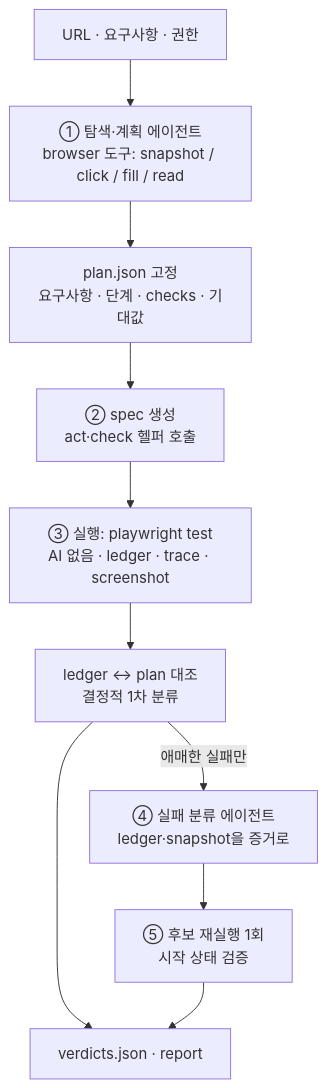
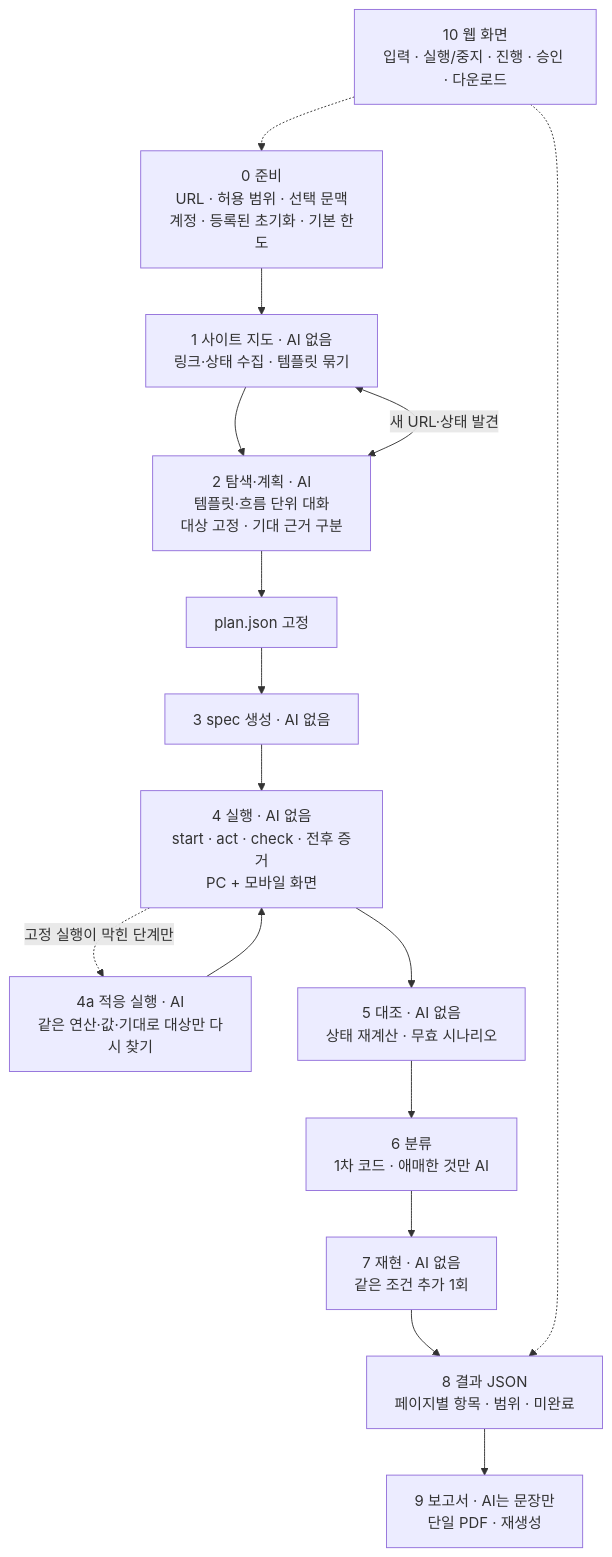
Before and after one commit to bibimmando/WebTestPilot: the diagram in docs/design/V2_ARCHITECTURE.md, drawn with Mermaid. The commit also changed other lines of this file and 3 other files, not shown here.

````diff
--- a/docs/design/V2_ARCHITECTURE.md
+++ b/docs/design/V2_ARCHITECTURE.md
@@ -27,12 +118,18 @@
 ```mermaid
 flowchart TD
-    In[URL · 요구사항 · 권한] --> Explore
-    Explore[① 탐색·계획 에이전트<br/>browser 도구: snapshot / click / fill / read] --> Plan[plan.json 고정<br/>요구사항 · 단계 · checks · 기대값]
-    Plan --> Gen[② spec 생성<br/>act·check 헬퍼 호출]
-    Gen --> Run[③ 실행: playwright test<br/>AI 없음 · ledger · trace · screenshot]
-    Run --> Pre[ledger ↔ plan 대조<br/>결정적 1차 분류]
-    Pre -- 애매한 실패만 --> Triage[④ 실패 분류 에이전트<br/>ledger·snapshot을 증거로]
-    Pre --> Out
-    Triage --> Repro[⑤ 후보 재실행 1회<br/>시작 상태 검증]
-    Repro --> Out[verdicts.json · report]
+    In[0 준비<br/>URL · 허용 범위 · 선택 문맥<br/>계정 · 등록된 초기화 · 기본 한도] --> Map
+    Map[1 사이트 지도 · AI 없음<br/>링크·상태 수집 · 템플릿 묶기] --> Explore
+    Explore[2 탐색·계획 · AI<br/>템플릿·흐름 단위 대화<br/>대상 고정 · 기대 근거 구분] --> Plan[plan.json 고정]
+    Plan --> Gen[3 spec 생성 · AI 없음]
+    Gen --> Run[4 실행 · AI 없음<br/>start · act · check · 전후 증거<br/>PC + 모바일 화면]
+    Run -. 고정 실행이 막힌 단계만 .-> Adapt[4a 적응 실행 · AI<br/>같은 연산·값·기대로 대상만 다시 찾기]
+    Adapt --> Run
+    Run --> Rec[5 대조 · AI 없음<br/>상태 재계산 · 무효 시나리오]
+    Rec --> Tri[6 분류<br/>1차 코드 · 애매한 것만 AI]
+    Tri --> Rep[7 재현 · AI 없음<br/>같은 조건 추가 1회]
+    Rep --> Json[8 결과 JSON<br/>페이지별 항목 · 범위 · 미완료]
+    Json --> Pdf[9 보고서 · AI는 문장만<br/>단일 PDF · 재생성]
+    UI[10 웹 화면<br/>입력 · 실행/중지 · 진행 · 승인 · 다운로드] -.-> In
+    UI -.-> Json
+    Explore <-->|새 URL·상태 발견| Map
 ```
````
